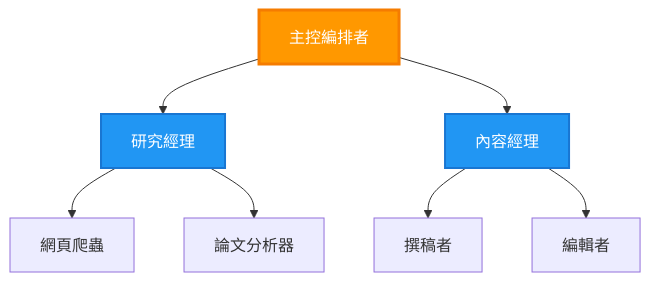
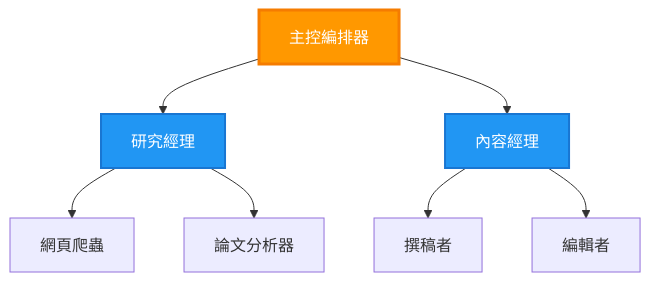
Before and after one commit to microsoft/AZD-for-beginners: the third of 6 diagrams in translations/zh-TW/docs/chapter-06-pre-deployment/coordination-patterns.md, drawn with Mermaid. The commit also changed other lines of this file and 101 other files, not shown here.

````diff
--- a/translations/zh-TW/docs/chapter-06-pre-deployment/coordination-patterns.md
+++ b/translations/zh-TW/docs/chapter-06-pre-deployment/coordination-patterns.md
@@ -149,21 +143,21 @@
 ```mermaid
 graph TB
-    Master[主控編排者]
+    Master[主控編排器]
     Manager1[研究經理]
     Manager2[內容經理]
     W1[網頁爬蟲]
     W2[論文分析器]
     W3[撰稿者]
     W4[編輯者]
     
     Master --> Manager1
     Master --> Manager2
     Manager1 --> W1
     Manager1 --> W2
     Manager2 --> W3
     Manager2 --> W4
     
     style Master fill:#FF9800,stroke:#F57C00,stroke-width:3px,color:#fff
     style Manager1 fill:#2196F3,stroke:#1976D2,stroke-width:2px,color:#fff
     style Manager2 fill:#2196F3,stroke:#1976D2,stroke-width:2px,color:#fff
 ```
````
